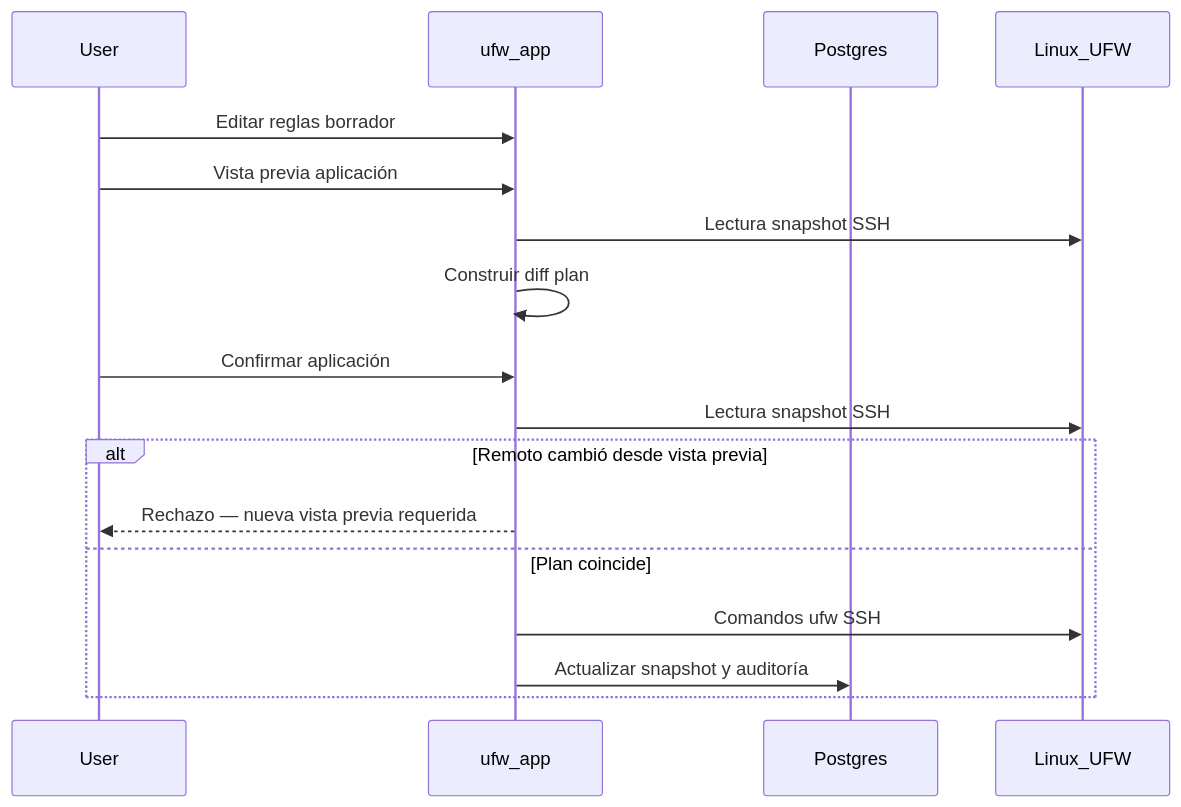
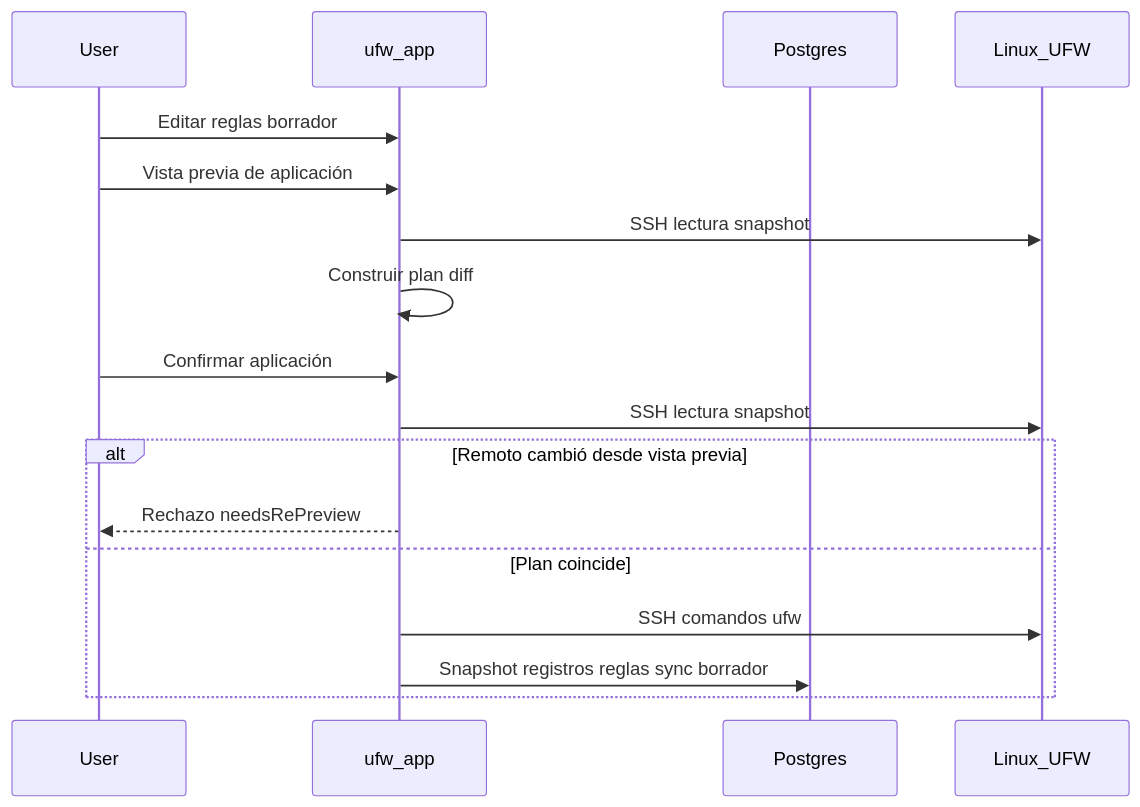
Before and after one commit to finenumbers/ufw: the diagram in docs/es/concepts/draft-apply-workflow.md, drawn with Mermaid. The commit also changed other lines of this file and 204 other files, not shown here.

````diff
--- a/docs/es/concepts/draft-apply-workflow.md
+++ b/docs/es/concepts/draft-apply-workflow.md
@@ -37,20 +45,20 @@
 ```mermaid
 sequenceDiagram
   participant User
   participant App as ufw_app
   participant DB as Postgres
   participant Remote as Linux_UFW
 
   User->>App: Editar reglas borrador
-  User->>App: Vista previa aplicación
-  App->>Remote: Lectura snapshot SSH
-  App->>App: Construir diff plan
+  User->>App: Vista previa de aplicación
+  App->>Remote: SSH lectura snapshot
+  App->>App: Construir plan diff
   User->>App: Confirmar aplicación
-  App->>Remote: Lectura snapshot SSH
+  App->>Remote: SSH lectura snapshot
   alt Remoto cambió desde vista previa
-    App-->>User: Rechazo — nueva vista previa requerida
+    App-->>User: Rechazo needsRePreview
   else Plan coincide
-    App->>Remote: Comandos ufw SSH
-    App->>DB: Actualizar snapshot y auditoría
+    App->>Remote: SSH comandos ufw
+    App->>DB: Snapshot registros reglas sync borrador
   end
 ```
````
